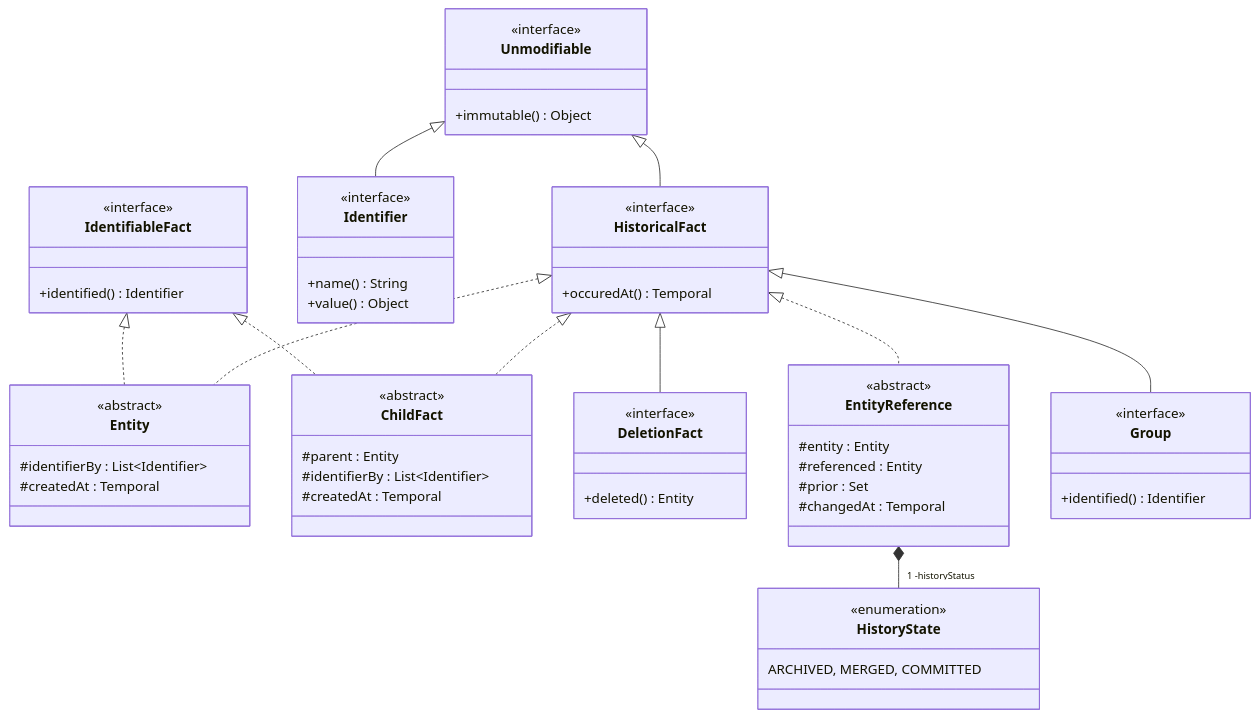
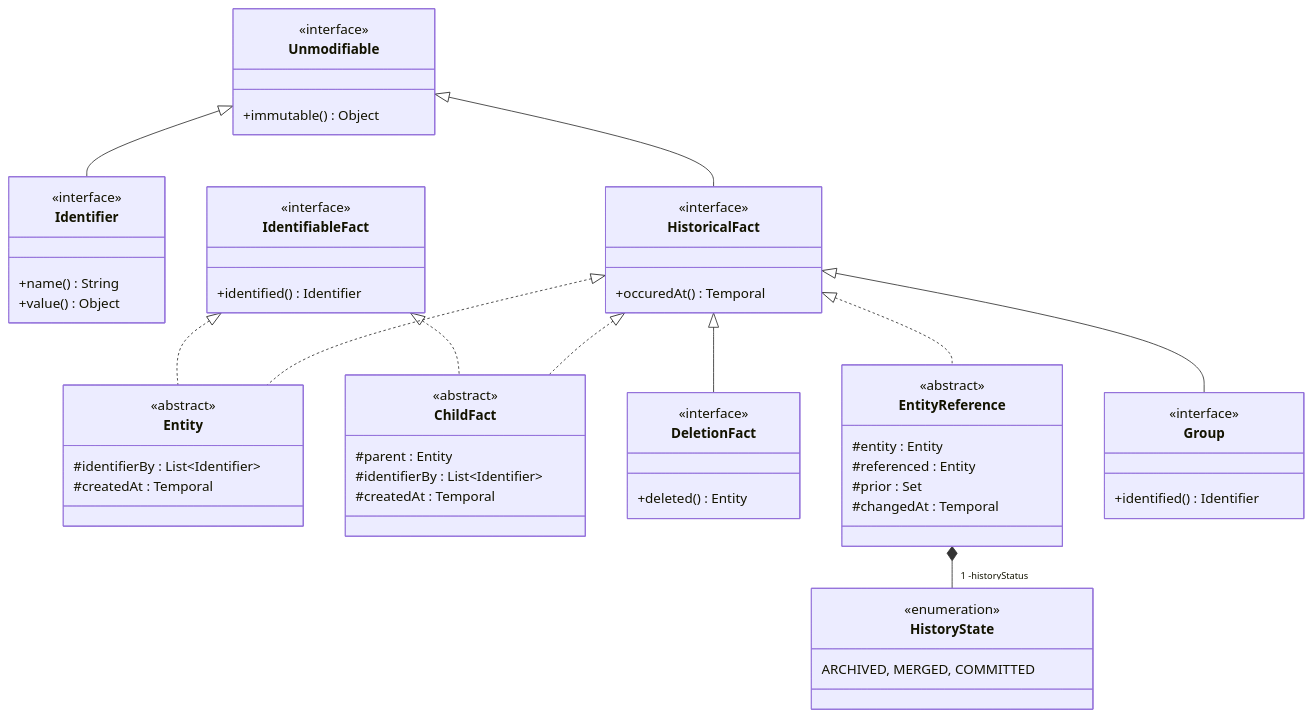
Before and after one commit to cybnity/foundation: the diagram in implementations-line/framework/immutable/README.md, drawn with Mermaid. The commit also changed other lines of this file, not shown here.

````diff
--- a/implementations-line/framework/immutable/README.md
+++ b/implementations-line/framework/immutable/README.md
@@ -27,60 +27,60 @@
 ```mermaid
 classDiagram
+    Unmodifiable <|-- Identifier
     IdentifiableFact <|.. Entity
-    Unmodifiable <|-- Identifier
     HistoricalFact <|.. Entity
     IdentifiableFact <|.. ChildFact
     Unmodifiable <|-- HistoricalFact
     HistoricalFact <|.. ChildFact
     HistoricalFact <|-- DeletionFact
     HistoricalFact <|.. EntityReference
     EntityReference *-- "1 -historyStatus" HistoryState
     HistoricalFact <|-- Group
     class HistoricalFact {
         <<interface>>
         +occuredAt() Temporal
     }
     class IdentifiableFact {
         <<interface>>
         +identified() Identifier
     }
     class Entity {
         <<abstract>>
         #identifierBy : List~Identifier~
         #createdAt : Temporal
     }
     class ChildFact {
         <<abstract>>
         #parent : Entity
         #identifierBy : List~Identifier~
         #createdAt : Temporal
     }
     class DeletionFact {
         <<interface>>
         +deleted() Entity
     }
     class Unmodifiable {
         <<interface>>
         +immutable() Object
     }
     class Identifier {
         <<interface>>
         +name() String
         +value() Object
     }
     class HistoryState {
         <<enumeration>>
         ARCHIVED, MERGED, COMMITTED
     }
     class EntityReference {
         <<abstract>>
         #entity : Entity
         #referenced : Entity
         #prior : Set<EntityReference>
         #changedAt : Temporal
     }
     class Group {
         <<interface>>
         +identified() Identifier
     }
 ```
````
